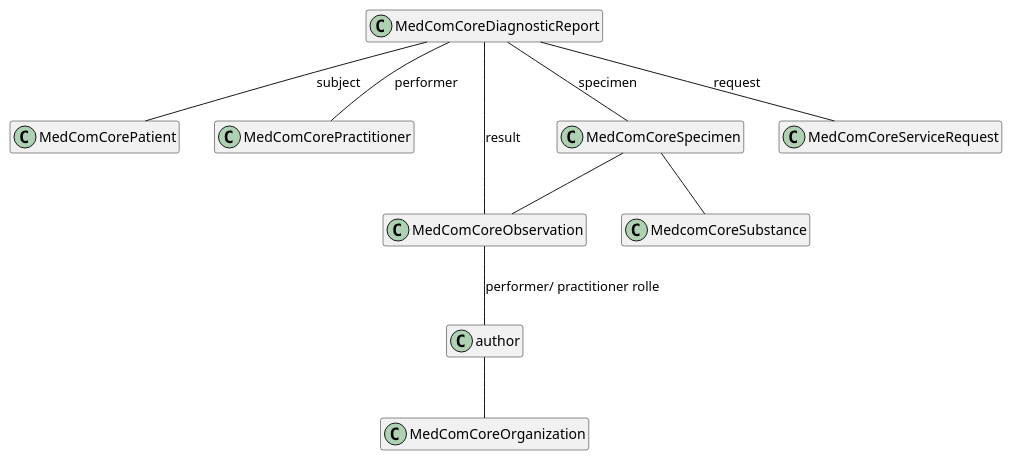
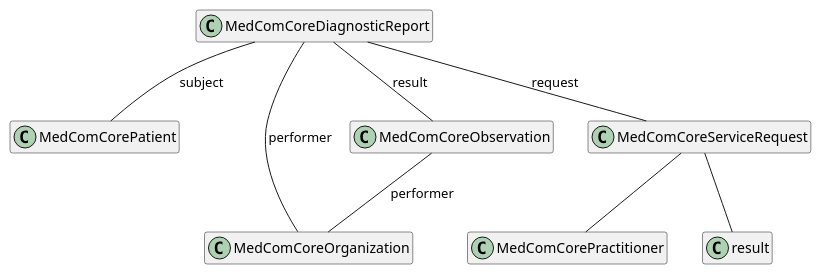
One commit to medcomdk/dk_MunicipalityObservationResults changed the diagram in puml/CareLaboratory_results.puml. Above: the diagram before and after it, drawn with PlantUML. The commit also changed 5 other files, not shown here.

```diff
--- a/puml/CareLaboratory_results.puml
+++ b/puml/CareLaboratory_results.puml
@@ -1,31 +1,28 @@
-@startuml HomeCareObservations
+@startuml HomeCareObservations repport 
 
 hide empty members
 
 top to bottom direction
 
 ' class "MedComMessagingMessage" as message
 ' class "MedComMessagingMessageHeader" as messageheader
 ' class "MedComMessagingProvenance" as provenance
 ' class "MedComMessagingOrganization" as messagingOrganization <<MedComCoreOrganization>>
 class "MedComCorePatient" as patient
-class "MedComCorePractitioner" as performer
+class "MedComCorePractitioner" as practitioner
 class "MedComCoreOrganization" as organization
 class "MedComCoreDiagnosticReport" as diagnosticReport
 class "MedComCoreObservation" as observation
-class "MedComCoreSpecimen" as specimen 
-class "MedcomCoreSubstance" as substance
 class "MedComCoreServiceRequest" as request
 
 
 
 diagnosticReport -- request: "request"
 diagnosticReport -- observation : "result"
-diagnosticReport -- specimen : "specimen"
-diagnosticReport -- performer: "performer"
+diagnosticReport -- organization: "performer"
 diagnosticReport -- patient: "subject"
-specimen -- substance
-specimen --observation
-observation -- author:"performer/ practitioner rolle"
-author -- organization
+observation -- organization:"performer"
+request -- practitioner
+request -- result
+
 @enduml
```
